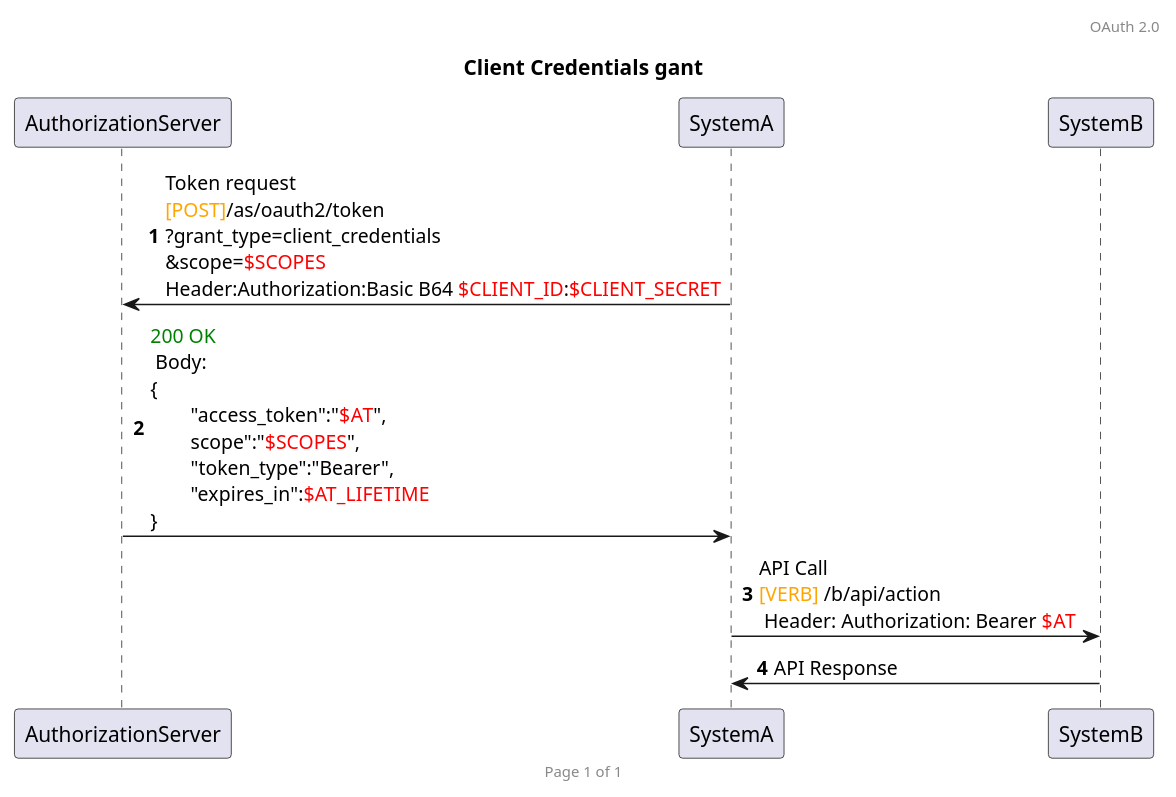
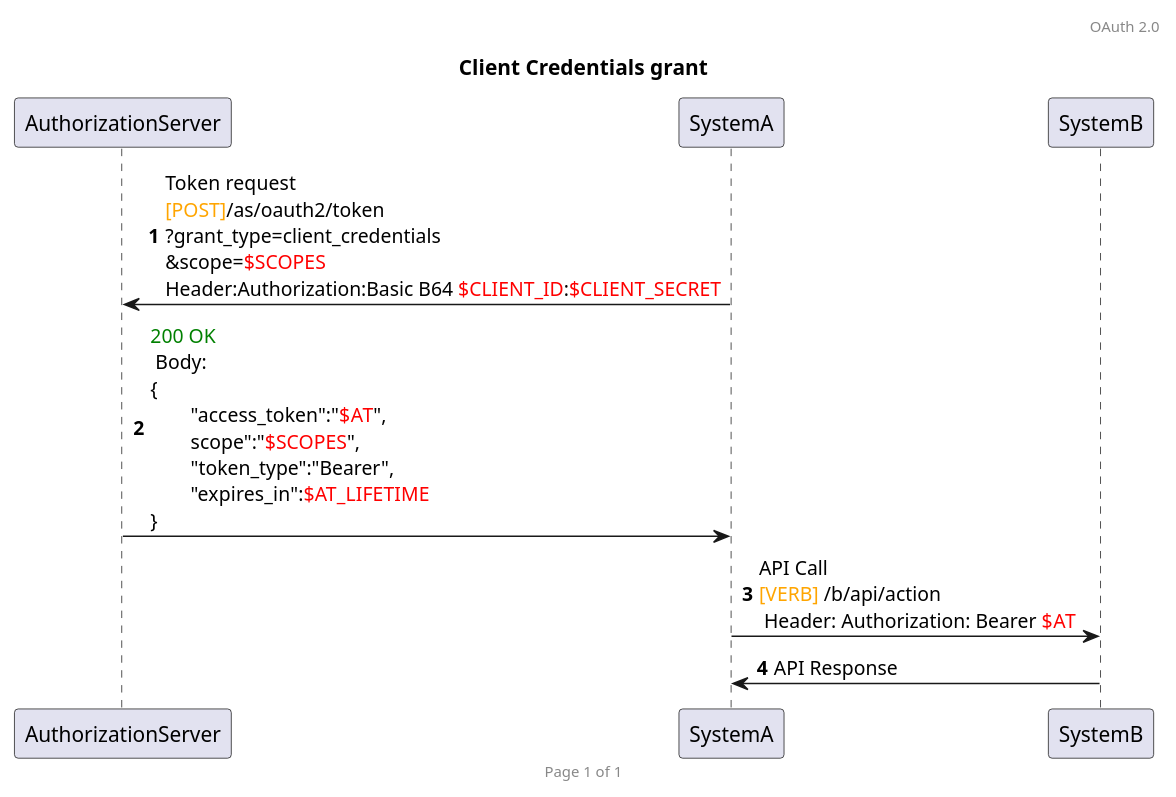
One commit to HenriLefevrePro/Articles changed the diagram in plantuml/oauth2/client_credentials.plantuml. Above: the diagram before and after it, drawn with PlantUML.

```diff
--- a/plantuml/oauth2/client_credentials.plantuml
+++ b/plantuml/oauth2/client_credentials.plantuml
@@ -1,18 +1,18 @@
 @startuml
 
 header OAuth 2.0
 footer Page %page% of %lastpage%
 
-title Client Credentials gant
+title Client Credentials grant
 autonumber
 
 participant AuthorizationServer
 participant SystemA
 participant SystemB
 
 SystemA -> AuthorizationServer : Token request\n<font color=orange>[POST]</font>/as/oauth2/token\n?grant_type=client_credentials\n&scope=<font color=red>$SCOPES</font>\nHeader:Authorization:Basic B64 <font color=red>$CLIENT_ID</font>:<font color=red>$CLIENT_SECRET</font>
 AuthorizationServer -> SystemA : <font color=green>200 OK</font> \n Body: \n{\n\t"access_token":"<font color=red>$AT</font>",\n\tscope":"<font color=red>$SCOPES</font>",\n\t"token_type":"Bearer",\n\t"expires_in":<font color=red>$AT_LIFETIME</font>\n}
 
 SystemA -> SystemB : API Call \n<font color=orange>[VERB]</font> /b/api/action\n Header: Authorization: Bearer <font color=red>$AT</font>
 SystemB -> SystemA : API Response
 @enduml
```
